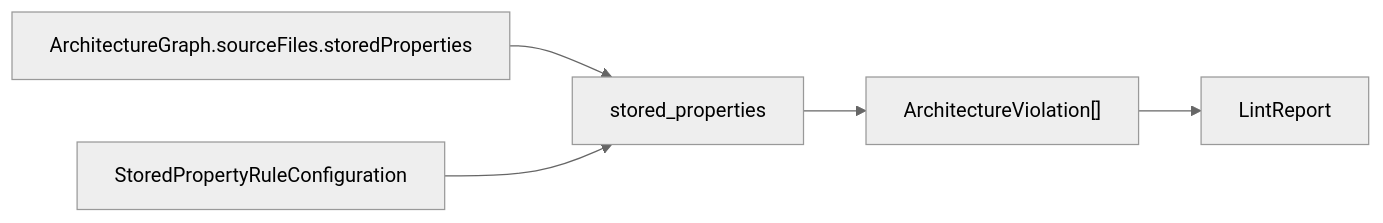
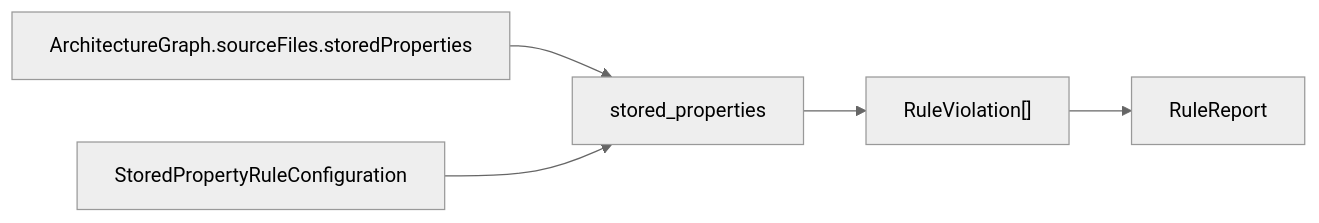
One commit to RoyalPineapple/BumperBowling changed the sixth of 9 diagrams in docs/ARCHITECTURE_SNAPSHOT.md. Above: the diagram before and after it, drawn with Mermaid (neutral theme). The commit also changed other lines of this file and 54 other files, not shown here.

First line of the commit message:
Open shaper architecture: BumperProject, one engine, one runner (0.5.0) (#39)

````diff
--- a/docs/ARCHITECTURE_SNAPSHOT.md
+++ b/docs/ARCHITECTURE_SNAPSHOT.md
@@ -84,7 +84,7 @@
 ```mermaid
 flowchart LR
     Properties["ArchitectureGraph.sourceFiles.storedProperties"] --> StoredProperties["stored_properties"]
     Policy["StoredPropertyRuleConfiguration"] --> StoredProperties
-    StoredProperties --> Findings["ArchitectureViolation[]"]
-    Findings --> Report["LintReport"]
+    StoredProperties --> Findings["RuleViolation[]"]
+    Findings --> Report["RuleReport"]
 ```
````
